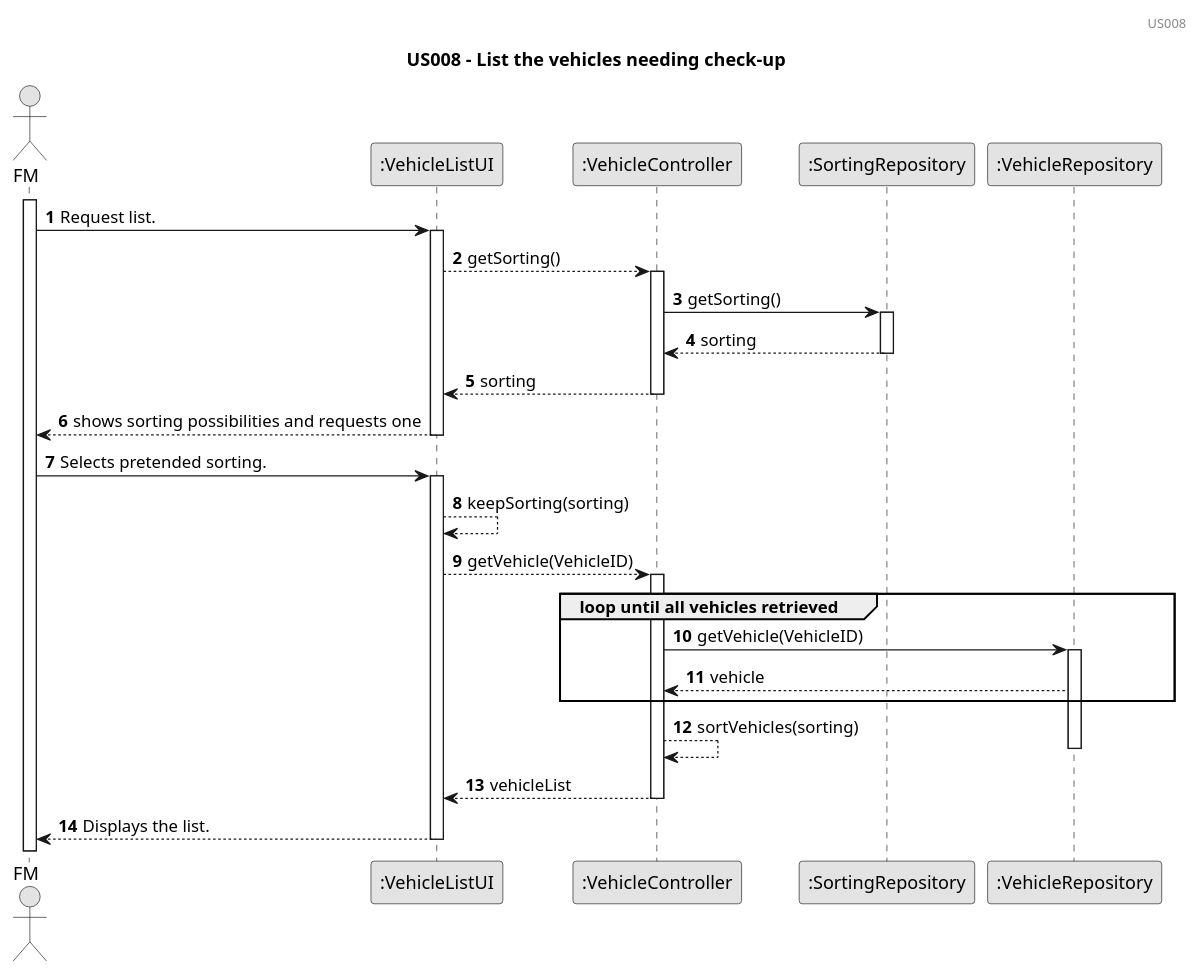
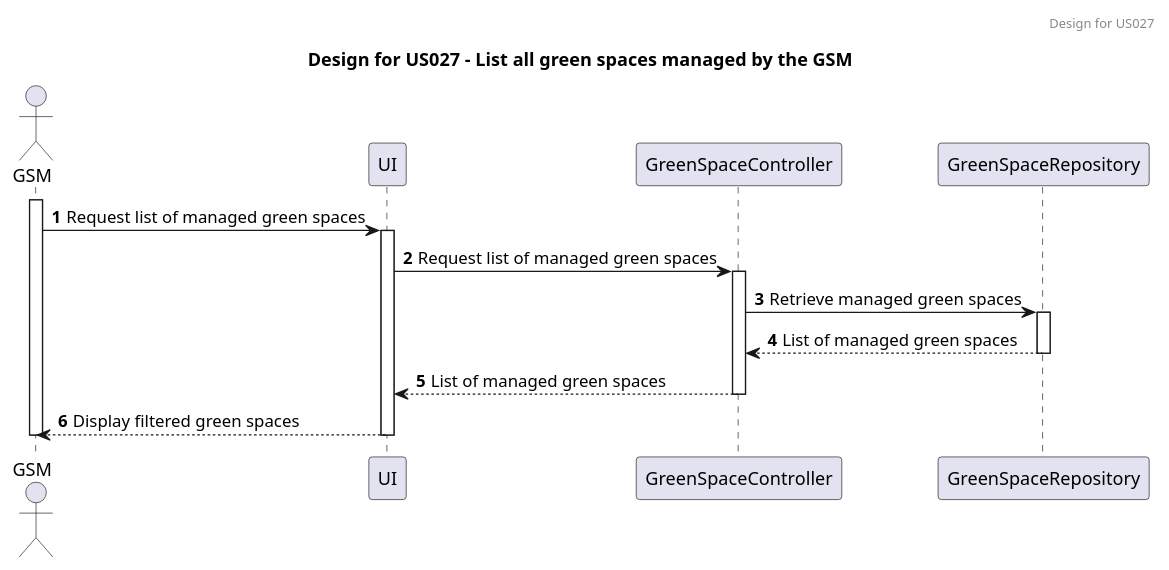
Before and after one commit to rpedros02/lei-24-s2-1DL-g08: the diagram in docs/sprintC/us027/03.design/puml/us027-sequence-diagram-full.puml, drawn with PlantUML. The commit also changed 38 other files, not shown here.

```diff
--- a/docs/sprintC/us027/03.design/puml/us027-sequence-diagram-full.puml
+++ b/docs/sprintC/us027/03.design/puml/us027-sequence-diagram-full.puml
@@ -1,47 +1,27 @@
 @startuml
-skinparam monochrome true
-skinparam packageStyle rectangle
-skinparam shadowing false
-
-title US008 - List the vehicles needing check-up
-header US008
+title Design for US027 - List all green spaces managed by the GSM
+header Design for US027
 autonumber
 
-actor "FM" as fm
-participant ":VehicleListUI" as ui
-participant ":VehicleController" as vc
-participant ":SortingRepository" as sr
-participant ":VehicleRepository" as vr
+actor GSM as GSM
+participant "UI" as UI
+participant "GreenSpaceController" as GreenSpaceController
+participant "GreenSpaceRepository" as GreenSpaceRepo
 
-activate fm
-    fm -> ui : Request list.
-    activate ui
-        ui --> vc : getSorting()
-        activate vc
-        vc -> sr : getSorting()
-            activate sr
-            sr --> vc : sorting
-            deactivate sr
-        vc --> ui : sorting
-        deactivate vc
-    ui --> fm : shows sorting possibilities and requests one
-    deactivate ui
-    fm -> ui : Selects pretended sorting.
-    activate ui
-        ui --> ui : keepSorting(sorting)
-        ui --> vc : getVehicle(VehicleID)
-        activate vc
-            group loop until all vehicles retrieved
-                vc -> vr : getVehicle(VehicleID)
-                activate vr
-                vr --> vc : vehicle
-                end
-                vc --> vc : sortVehicles(sorting)
-                deactivate vr
-            vc --> ui : vehicleList
-        deactivate vc
-        ui --> fm : Displays the list.
-    deactivate ui
+activate GSM
 
+GSM -> UI: Request list of managed green spaces
+activate UI
+UI -> GreenSpaceController: Request list of managed green spaces
+activate GreenSpaceController
+GreenSpaceController -> GreenSpaceRepo: Retrieve managed green spaces
+activate GreenSpaceRepo
+GreenSpaceRepo --> GreenSpaceController: List of managed green spaces
+deactivate GreenSpaceRepo
+GreenSpaceController --> UI: List of managed green spaces
+deactivate GreenSpaceController
+UI --> GSM: Display filtered green spaces
+deactivate UI
 
+deactivate GSM
 @enduml
```
